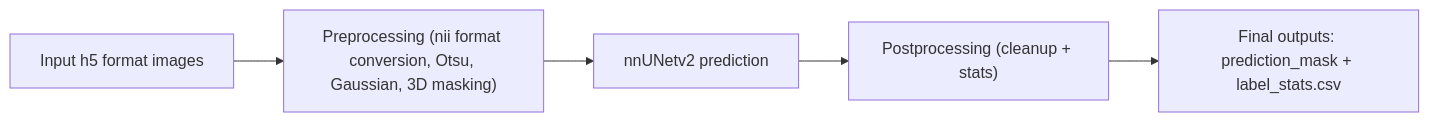
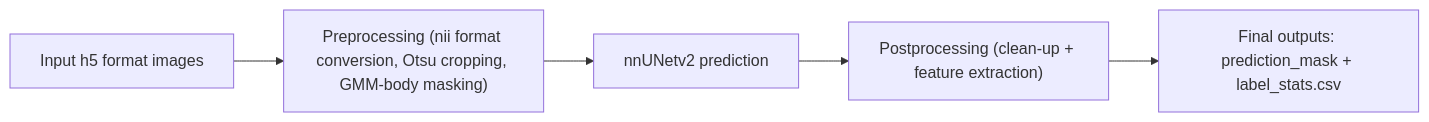
One commit to Chase-hucl/Flyseg changed the diagram in README.md. Above: the diagram before and after it, drawn with Mermaid.

````diff
--- a/README.md
+++ b/README.md
@@ -99,7 +99,7 @@
 ```mermaid
 flowchart LR
-    A["Input h5 format images"] --> B["Preprocessing (nii format conversion, Otsu, Gaussian, 3D masking)"]
+    A["Input h5 format images"] --> B["Preprocessing (nii format conversion, Otsu cropping, GMM-body masking)"]
     B --> C["nnUNetv2 prediction"]
-    C --> D["Postprocessing (cleanup + stats)"]
+    C --> D["Postprocessing (clean-up + feature extraction)"]
     D --> E["Final outputs: prediction_mask + label_stats.csv"]
 ```
````
